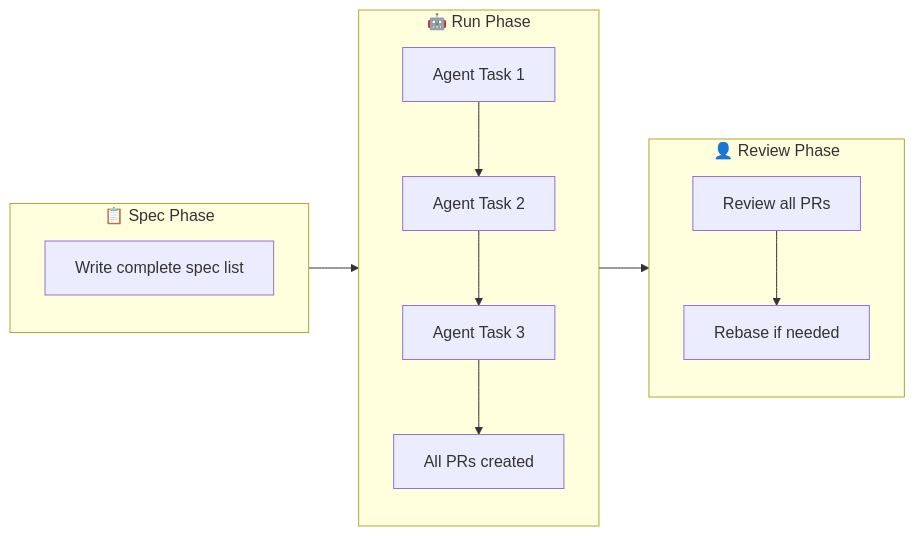
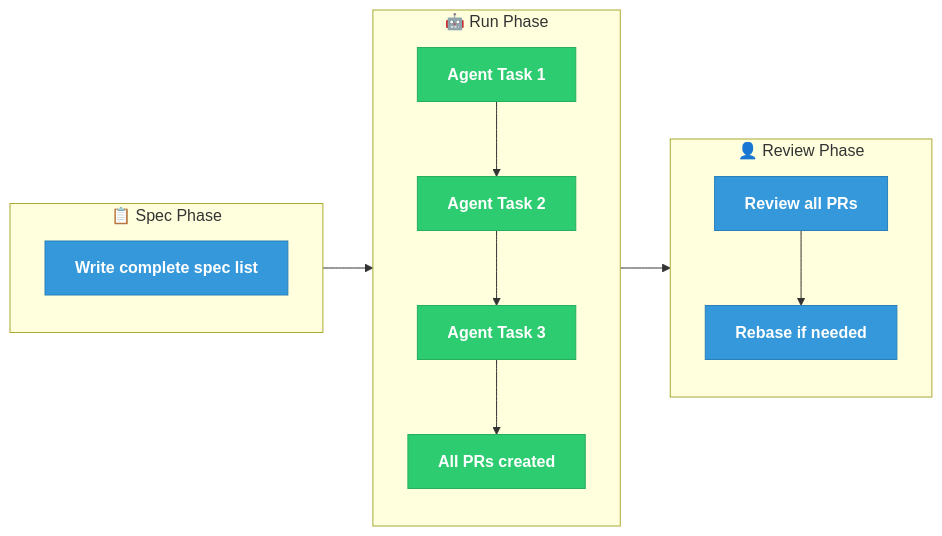
The third of 3 diagrams in website/docs/blog/posts/draft.how_to.Stacked_PRs_for_agentic_developent.md (gpsaggese/gpsaggese.github.io), drawn with Mermaid before and after one commit. The commit also changed other lines of this file and 5 other files, not shown here.

````diff
--- a/website/docs/blog/posts/draft.how_to.Stacked_PRs_for_agentic_developent.md
+++ b/website/docs/blog/posts/draft.how_to.Stacked_PRs_for_agentic_developent.md
@@ -150,22 +149,25 @@
 ```mermaid
 graph LR
+    classDef execute fill:#2ecc71,stroke:#27ae60,color:#fff,font-weight:bold
+    classDef review fill:#3498db,stroke:#2980b9,color:#fff,font-weight:bold
+    
     subgraph spec["📋 Spec Phase"]
-        S["Write complete spec list"]
+        S["Write complete spec list"]:::review
     end
     
     subgraph run["🤖 Run Phase"]
-        R1["Agent Task 1"]
-        R2["Agent Task 2"]
-        R3["Agent Task 3"]
-        R4["All PRs created"]
+        R1["Agent Task 1"]:::execute
+        R2["Agent Task 2"]:::execute
+        R3["Agent Task 3"]:::execute
+        R4["All PRs created"]:::execute
         R1 --> R2 --> R3 --> R4
     end
     
     subgraph review["👤 Review Phase"]
-        V1["Review all PRs"]
-        V2["Rebase if needed"]
+        V1["Review all PRs"]:::review
+        V2["Rebase if needed"]:::review
         V1 --> V2
     end
     
     spec --> run --> review
 ```
````
